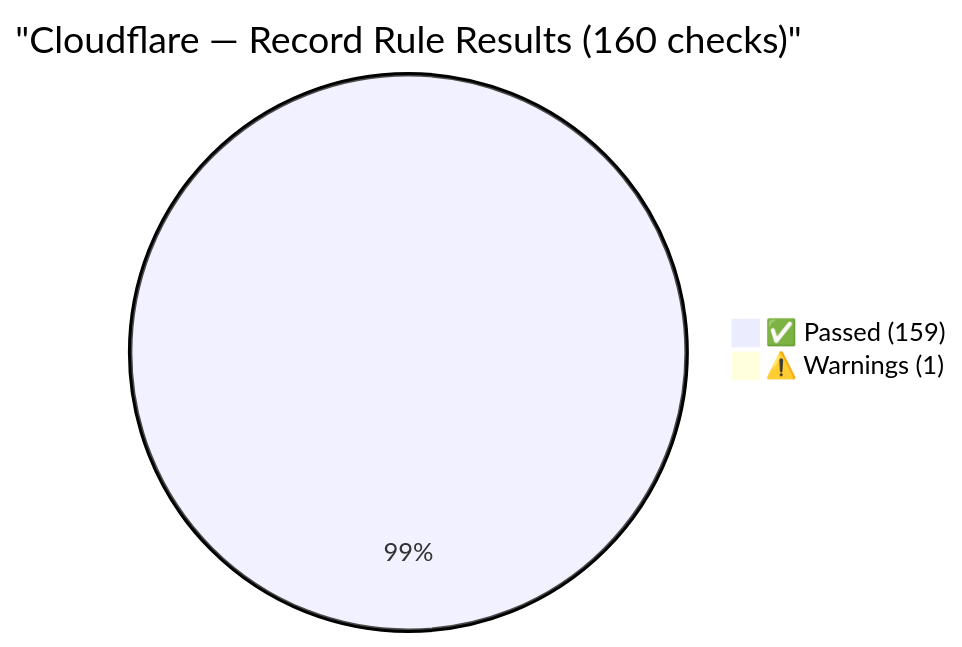
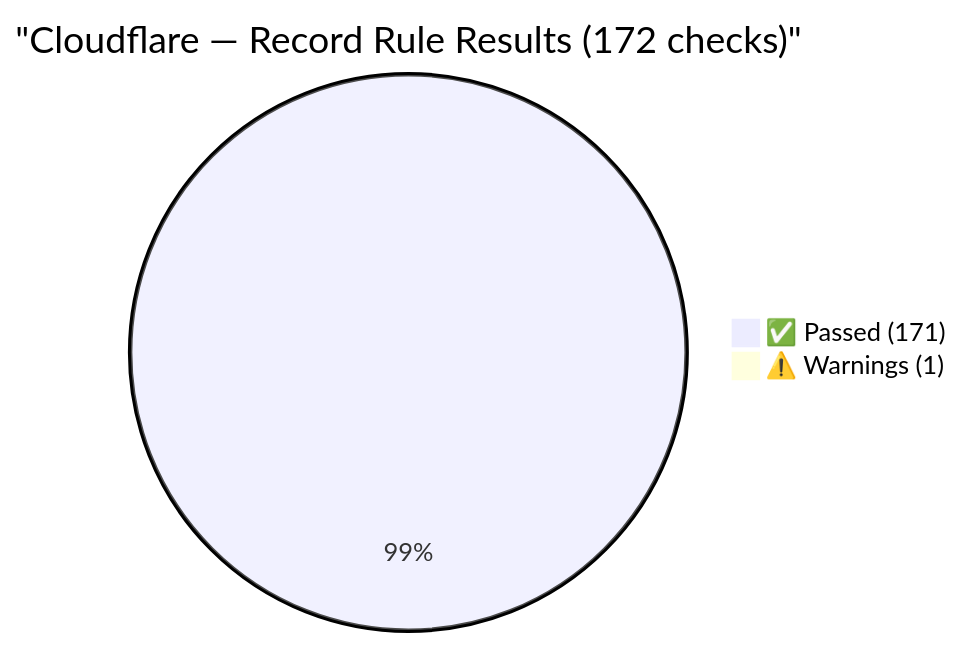
Before and after one commit to Vulnetix/ietf-crit-spec: the seventh of 8 diagrams in tests/reports/crit-test-report.md, drawn with Mermaid. The commit also changed other lines of this file and 14 other files, not shown here.

````diff
--- a/tests/reports/crit-test-report.md
+++ b/tests/reports/crit-test-report.md
@@ -427,5 +439,5 @@
 ```mermaid
-pie title "Cloudflare — Record Rule Results (160 checks)"
-    "✅ Passed (159)" : 159
+pie title "Cloudflare — Record Rule Results (172 checks)"
+    "✅ Passed (171)" : 171
     "⚠️ Warnings (1)" : 1
 ```
````
